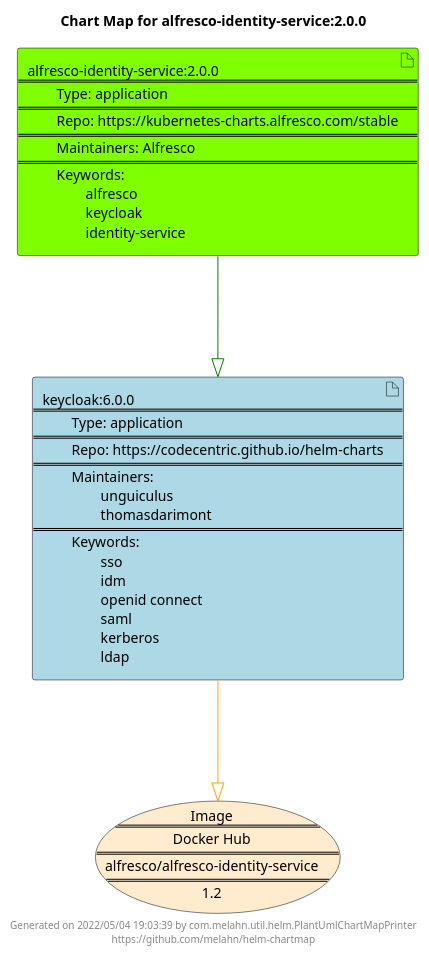
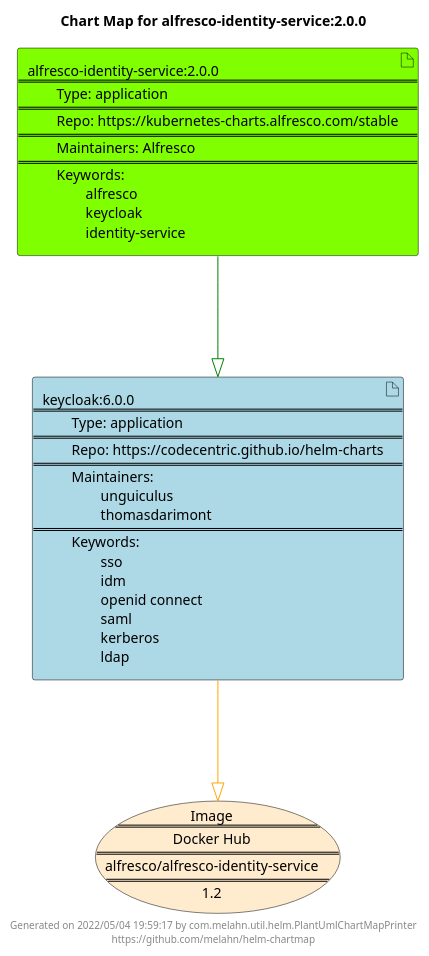
One commit to melahn/helm-chartmap changed the diagram in docs/alfresco-identity-service/alfresco-identity-service-2.0.0.puml. Above: the diagram before and after it, drawn with PlantUML. The commit also changed 56 other files, not shown here.

Commit message:
Update Example Chart Maps as part of GitHub build

```diff
--- a/docs/alfresco-identity-service/alfresco-identity-service-2.0.0.puml
+++ b/docs/alfresco-identity-service/alfresco-identity-service-2.0.0.puml
@@ -1,23 +1,23 @@
 @startuml
 skinparam linetype ortho
 skinparam backgroundColor white
 skinparam usecaseBorderColor black
 skinparam usecaseArrowColor LightSlateGray
 skinparam artifactBorderColor black
 skinparam artifactArrowColor LightSlateGray
 
 title Chart Map for alfresco-identity-service:2.0.0
 
 'There are 2 referenced Helm Charts
 artifact "keycloak:6.0.0\n====\n\tType: application\n====\n\tRepo: https://codecentric.github.io/helm-charts\n====\n\tMaintainers: \n\t\tunguiculus\n\t\tthomasdarimont\n====\n\tKeywords: \n\t\tsso\n\t\tidm\n\t\topenid connect\n\t\tsaml\n\t\tkerberos\n\t\tldap" as keycloak_6_0_0 #LightBlue
 artifact "alfresco-identity-service:2.0.0\n====\n\tType: application\n====\n\tRepo: https://kubernetes-charts.alfresco.com/stable\n====\n\tMaintainers: Alfresco\n====\n\tKeywords: \n\t\talfresco\n\t\tkeycloak\n\t\tidentity-service" as alfresco_identity_service_2_0_0 #Chartreuse
 
 'There is one referenced Docker Image
 usecase "Image\n====\nDocker Hub\n====\nalfresco/alfresco-identity-service\n====\n1.2" as alfresco_alfresco_identity_service_1_2 #BlanchedAlmond
 
 'Chart Dependencies
 alfresco_identity_service_2_0_0--[#green]-|>keycloak_6_0_0
 keycloak_6_0_0--[#orange]-|>alfresco_alfresco_identity_service_1_2
 
-center footer Generated on 2022/05/04 19:03:39 by com.melahn.util.helm.PlantUmlChartMapPrinter\nhttps://github.com/melahn/helm-chartmap
+center footer Generated on 2022/05/04 19:59:17 by com.melahn.util.helm.PlantUmlChartMapPrinter\nhttps://github.com/melahn/helm-chartmap
 @enduml
```
